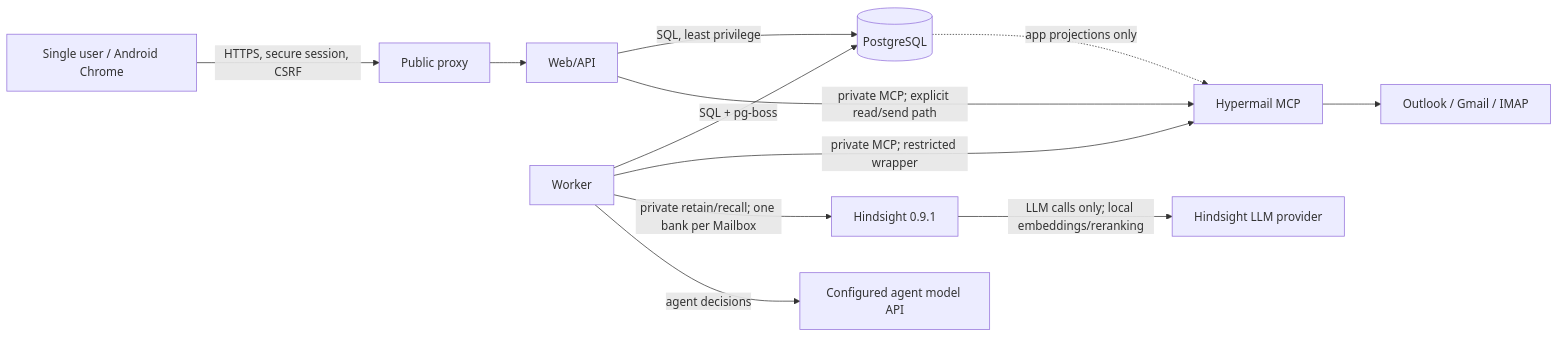
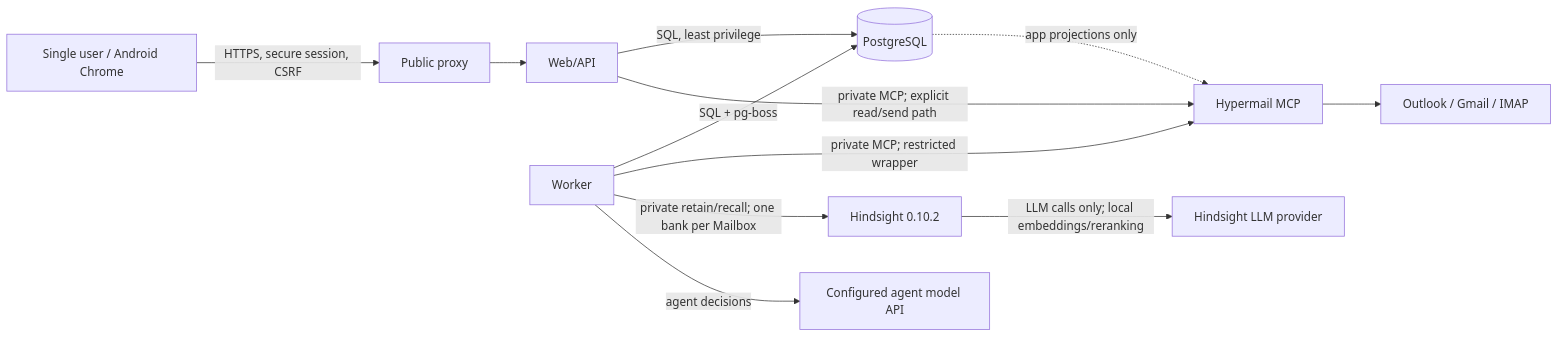
One commit to hypersimple-ch/hypermail changed the first of 4 diagrams in docs/architecture.md. Above: the diagram before and after it, drawn with Mermaid. The commit also changed other lines of this file and 44 other files, not shown here.

````diff
--- a/docs/architecture.md
+++ b/docs/architecture.md
@@ -22,14 +22,14 @@
 ```mermaid
 flowchart LR
   U[Single user / Android Chrome] -->|HTTPS, secure session, CSRF| P[Public proxy]
   P --> W[Web/API]
   W -->|SQL, least privilege| DB[(PostgreSQL)]
   W -->|private MCP; explicit read/send path| H[Hypermail MCP]
   K[Worker] -->|SQL + pg-boss| DB
   K -->|private MCP; restricted wrapper| H
-  K -->|private retain/recall; one bank per Mailbox| HS[Hindsight 0.9.1]
+  K -->|private retain/recall; one bank per Mailbox| HS[Hindsight 0.10.2]
   HS -->|LLM calls only; local embeddings/reranking| M[Hindsight LLM provider]
   K -->|agent decisions| AM[Configured agent model API]
   H --> O[Outlook / Gmail / IMAP]
   DB -. app projections only .-> H
 ```
````
